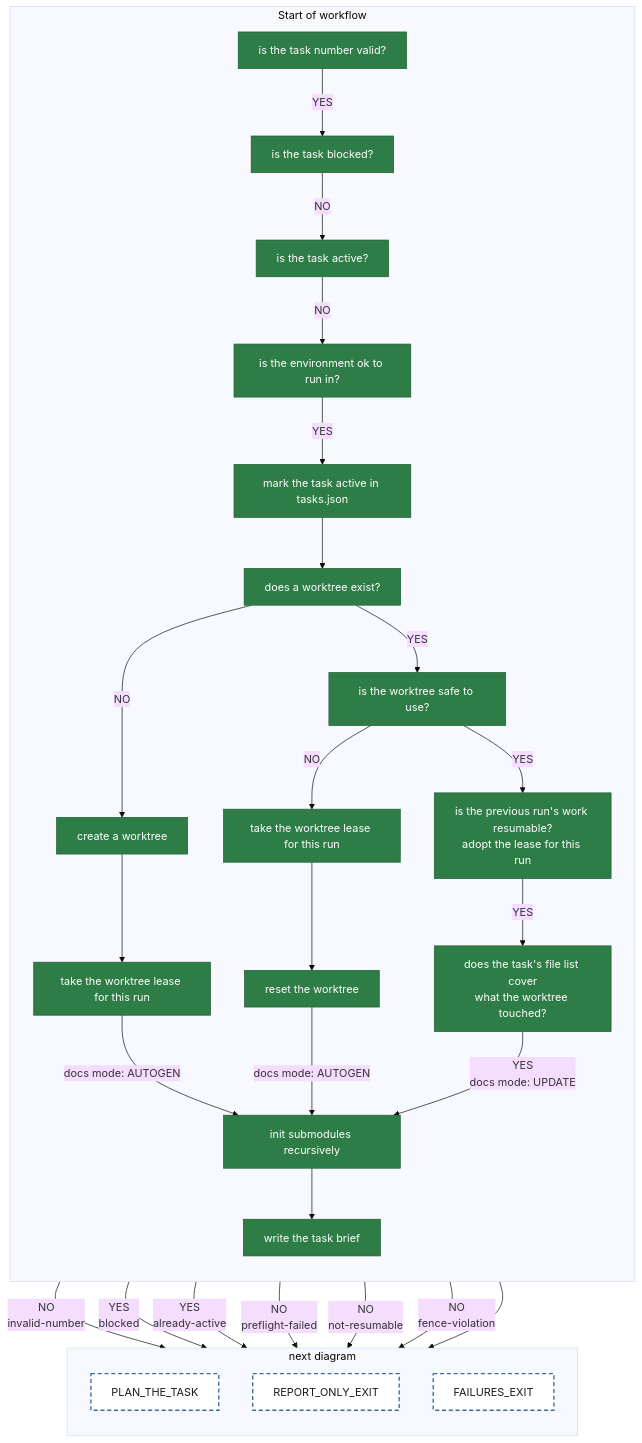
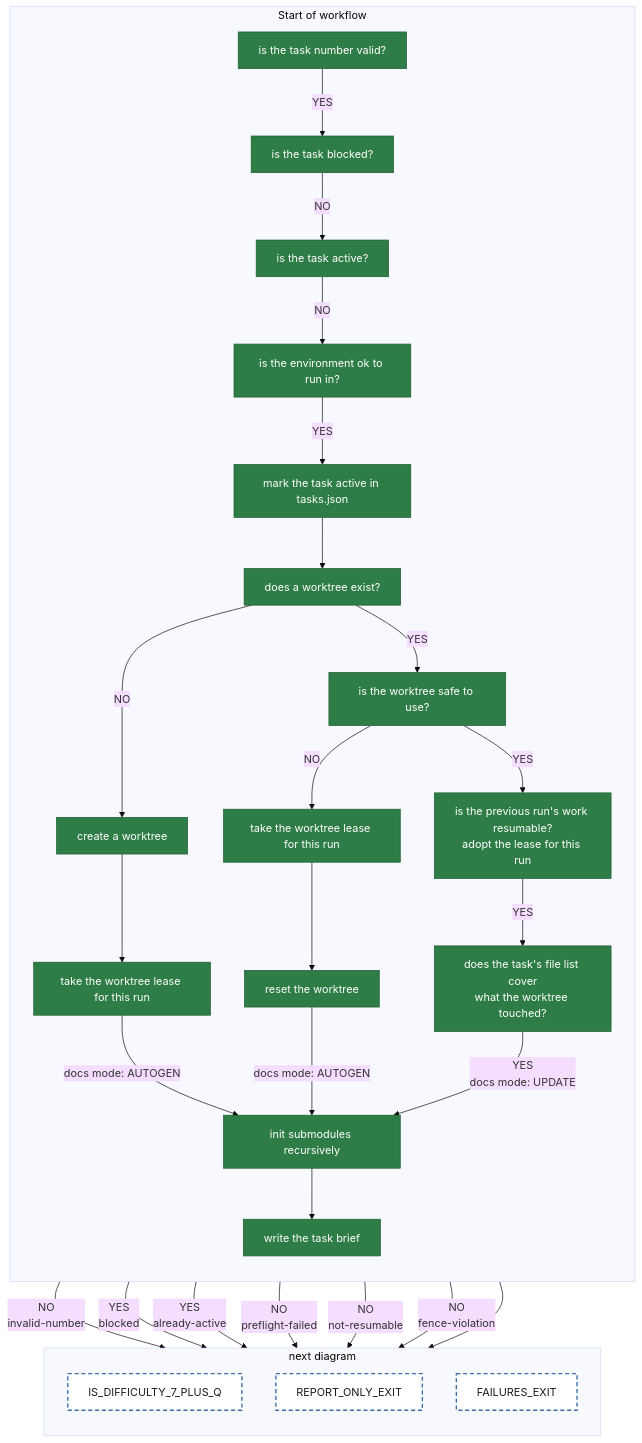
One commit to matkatmusic/taskTools changed the diagram in diagrams/tackle-tasks/pipeline-preambleStatusCheck.mmd. Above: the diagram before and after it, drawn with Mermaid (base theme). The commit also changed 99 other files, not shown here.

```diff
--- a/diagrams/tackle-tasks/pipeline-preambleStatusCheck.mmd
+++ b/diagrams/tackle-tasks/pipeline-preambleStatusCheck.mmd
@@ -1,60 +1,60 @@
 flowchart TB
 %% One agent() call. /run-step starts at PREAMBLE_STATUS_CHECK. Every path ends at an orange block, a dashed block, or STOP.
 
   subgraph preambleStatusCheck ["Start of workflow"]
     direction TB
     PREAMBLE_STATUS_CHECK["is the task number valid?"]
     IS_TASK_BLOCKED_Q["is the task blocked?"]
     IS_TASK_ACTIVE_Q["is the task active?"]
     PREFLIGHT_OK_Q["is the environment ok to run in?"]
     MARK_TASK_ACTIVE["mark the task active in tasks.json"]
     DOES_WORKTREE_EXIST_Q["does a worktree exist?"]
     CREATE_WORKTREE["create a worktree"]
     TAKE_WORKTREE_LEASE["take the worktree lease for this run"]
     IS_WORKTREE_SAFE_TO_USE_Q["is the worktree safe to use?"]
     TAKE_WORKTREE_LEASE_BEFORE_RESET["take the worktree lease for this run"]
     RESET_WORKTREE["reset the worktree"]
     IS_PREVIOUS_RUN_RESUMABLE_Q["is the previous run's work resumable?<br/>adopt the lease for this run"]
     DOES_FENCE_COVER_WORKTREE_Q["does the task's file list cover<br/>what the worktree touched?"]
     INIT_SUBMODULES_RECURSIVELY["init submodules recursively"]
     DOCUMENT_GENERATION["write the task brief"]
   end
   subgraph preambleStatusCheckNext ["next diagram"]
     direction TB
-    PLAN_THE_TASK["PLAN_THE_TASK"]
+    IS_DIFFICULTY_7_PLUS_Q["IS_DIFFICULTY_7_PLUS_Q"]
     REPORT_ONLY_EXIT["REPORT_ONLY_EXIT"]
     FAILURES_EXIT["FAILURES_EXIT"]
   end
   preambleStatusCheck ~~~ preambleStatusCheckNext
 
   PREAMBLE_STATUS_CHECK -- "NO<br/>invalid-number" --> REPORT_ONLY_EXIT
   PREAMBLE_STATUS_CHECK -- "YES" --> IS_TASK_BLOCKED_Q
   IS_TASK_BLOCKED_Q -- "YES<br/>blocked" --> REPORT_ONLY_EXIT
   IS_TASK_BLOCKED_Q -- "NO" --> IS_TASK_ACTIVE_Q
   IS_TASK_ACTIVE_Q -- "YES<br/>already-active" --> REPORT_ONLY_EXIT
   IS_TASK_ACTIVE_Q -- "NO" --> PREFLIGHT_OK_Q
   PREFLIGHT_OK_Q -- "NO<br/>preflight-failed" --> REPORT_ONLY_EXIT
   PREFLIGHT_OK_Q -- "YES" --> MARK_TASK_ACTIVE
   MARK_TASK_ACTIVE --> DOES_WORKTREE_EXIST_Q
   DOES_WORKTREE_EXIST_Q -- "NO" --> CREATE_WORKTREE
   CREATE_WORKTREE --> TAKE_WORKTREE_LEASE
   TAKE_WORKTREE_LEASE -- "docs mode: AUTOGEN" --> INIT_SUBMODULES_RECURSIVELY
   DOES_WORKTREE_EXIST_Q -- "YES" --> IS_WORKTREE_SAFE_TO_USE_Q
   IS_WORKTREE_SAFE_TO_USE_Q -- "NO" --> TAKE_WORKTREE_LEASE_BEFORE_RESET
   TAKE_WORKTREE_LEASE_BEFORE_RESET --> RESET_WORKTREE
   RESET_WORKTREE -- "docs mode: AUTOGEN" --> INIT_SUBMODULES_RECURSIVELY
   IS_WORKTREE_SAFE_TO_USE_Q -- "YES" --> IS_PREVIOUS_RUN_RESUMABLE_Q
   IS_PREVIOUS_RUN_RESUMABLE_Q -- "NO<br/>not-resumable" --> FAILURES_EXIT
   IS_PREVIOUS_RUN_RESUMABLE_Q -- "YES" --> DOES_FENCE_COVER_WORKTREE_Q
   DOES_FENCE_COVER_WORKTREE_Q -- "NO<br/>fence-violation" --> FAILURES_EXIT
   DOES_FENCE_COVER_WORKTREE_Q -- "YES<br/>docs mode: UPDATE" --> INIT_SUBMODULES_RECURSIVELY
   INIT_SUBMODULES_RECURSIVELY --> DOCUMENT_GENERATION
-  DOCUMENT_GENERATION --> PLAN_THE_TASK
+  DOCUMENT_GENERATION --> IS_DIFFICULTY_7_PLUS_Q
 
   classDef script fill:#2f7d46,stroke:#1e5c31,color:#ffffff
   classDef returns_a_prompt fill:#e07b39,stroke:#a8541f,color:#1a1a1a
   classDef fail fill:red,stroke:#254a70,color:#ffffff
   classDef output fill:#3b6ea5,stroke:#254a70,color:#ffffff
   classDef next_diagram fill:#ffffff,stroke:#3b6ea5,stroke-width:2px,stroke-dasharray:6 4,color:#1a1a1a
   class PREAMBLE_STATUS_CHECK,IS_TASK_BLOCKED_Q,IS_TASK_ACTIVE_Q,PREFLIGHT_OK_Q,MARK_TASK_ACTIVE,DOES_WORKTREE_EXIST_Q,CREATE_WORKTREE,TAKE_WORKTREE_LEASE,IS_WORKTREE_SAFE_TO_USE_Q,TAKE_WORKTREE_LEASE_BEFORE_RESET,RESET_WORKTREE,IS_PREVIOUS_RUN_RESUMABLE_Q,DOES_FENCE_COVER_WORKTREE_Q,INIT_SUBMODULES_RECURSIVELY,DOCUMENT_GENERATION script
-  class PLAN_THE_TASK,REPORT_ONLY_EXIT,FAILURES_EXIT next_diagram
+  class IS_DIFFICULTY_7_PLUS_Q,REPORT_ONLY_EXIT,FAILURES_EXIT next_diagram
```
